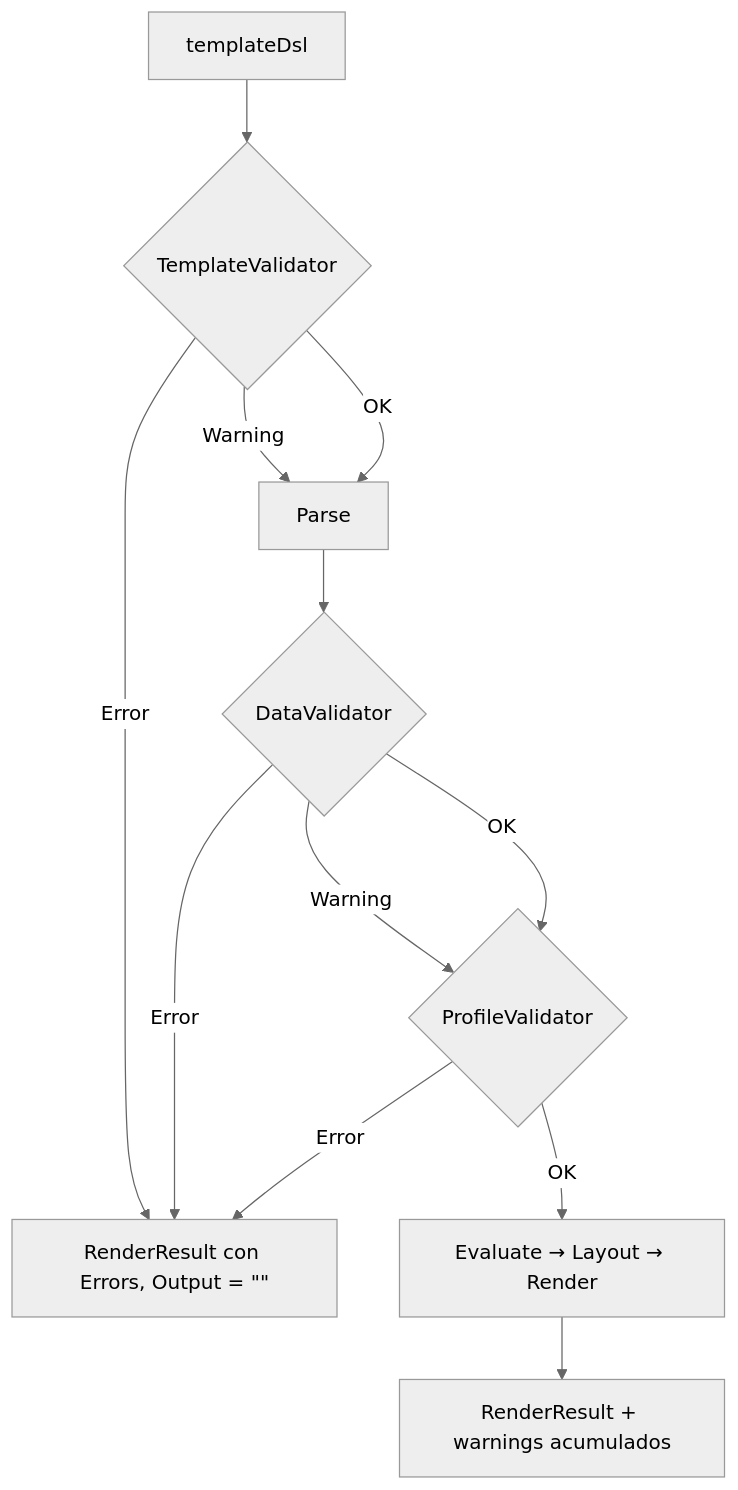
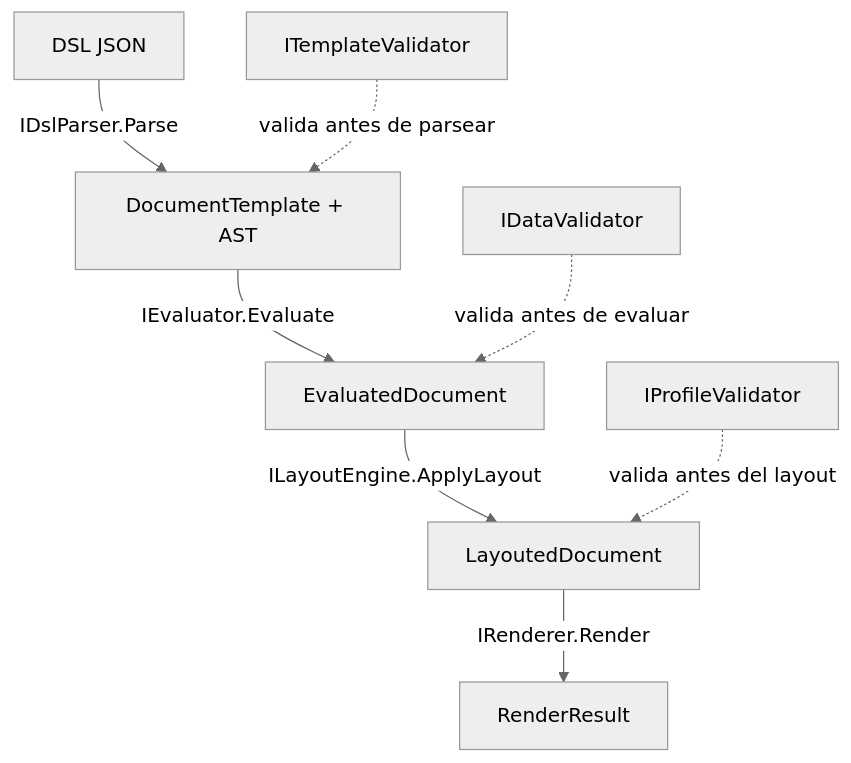
The diagram in ia-db/indexes/01_nucleo-pipeline.md (hdcm-dev/ThermalPrint.MotorDsl.Core.Documentacion), drawn with Mermaid (neutral theme) before and after one commit. The commit also changed other lines of this file and 17 other files, not shown here.

````diff
--- a/ia-db/indexes/01_nucleo-pipeline.md
+++ b/ia-db/indexes/01_nucleo-pipeline.md
@@ -46,14 +16,10 @@
 ```mermaid
 flowchart TD
-    A[templateDsl] --> B{TemplateValidator}
-    B -- Error --> X[RenderResult con Errors, Output = &quot;&quot;]
-    B -- Warning --> C[Parse]
-    B -- OK --> C
-    C --> D{DataValidator}
-    D -- Error --> X
-    D -- Warning --> E
-    D -- OK --> E{ProfileValidator}
-    E -- Error --> X
-    E -- OK --> F[Evaluate → Layout → Render]
-    F --> G[RenderResult + warnings acumulados]
+    A[DSL JSON] -->|IDslParser.Parse| B[DocumentTemplate + AST]
+    B -->|IEvaluator.Evaluate| C[EvaluatedDocument]
+    C -->|ILayoutEngine.ApplyLayout| D[LayoutedDocument]
+    D -->|IRenderer.Render| E[RenderResult]
+    V1[ITemplateValidator] -.valida antes de parsear.-> B
+    V2[IDataValidator] -.valida antes de evaluar.-> C
+    V3[IProfileValidator] -.valida antes del layout.-> D
 ```
````
